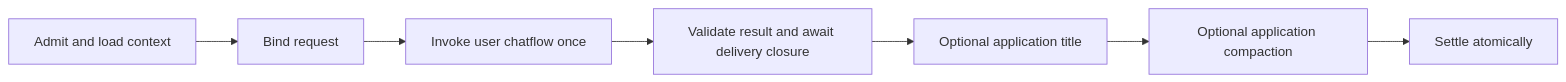
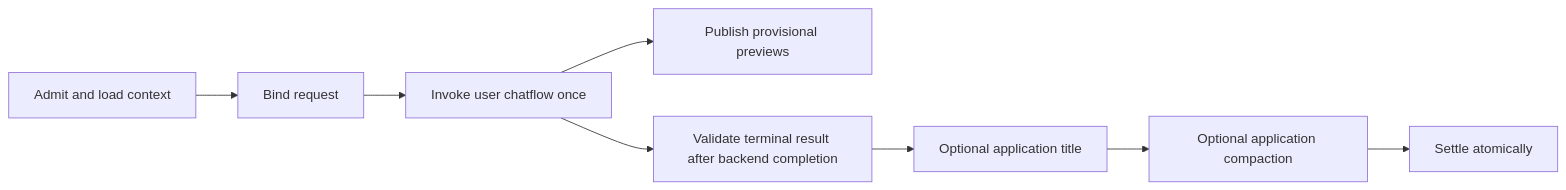
The diagram in docs/chat.md (linw1995/miniflow), drawn with Mermaid before and after one commit. The commit also changed other lines of this file and 12 other files, not shown here.

````diff
--- a/docs/chat.md
+++ b/docs/chat.md
@@ -263,9 +263,10 @@
 ```mermaid
 flowchart LR
     Admit["Admit and load context"] --> Bind["Bind request"]
     Bind --> Invoke["Invoke user chatflow once"]
-    Invoke --> Validate["Validate result and await delivery closure"]
+    Invoke --> Preview["Publish provisional previews"]
+    Invoke --> Validate["Validate terminal result after backend completion"]
     Validate --> Title["Optional application title"]
     Title --> Compact["Optional application compaction"]
     Compact --> Settle["Settle atomically"]
 ```
````
